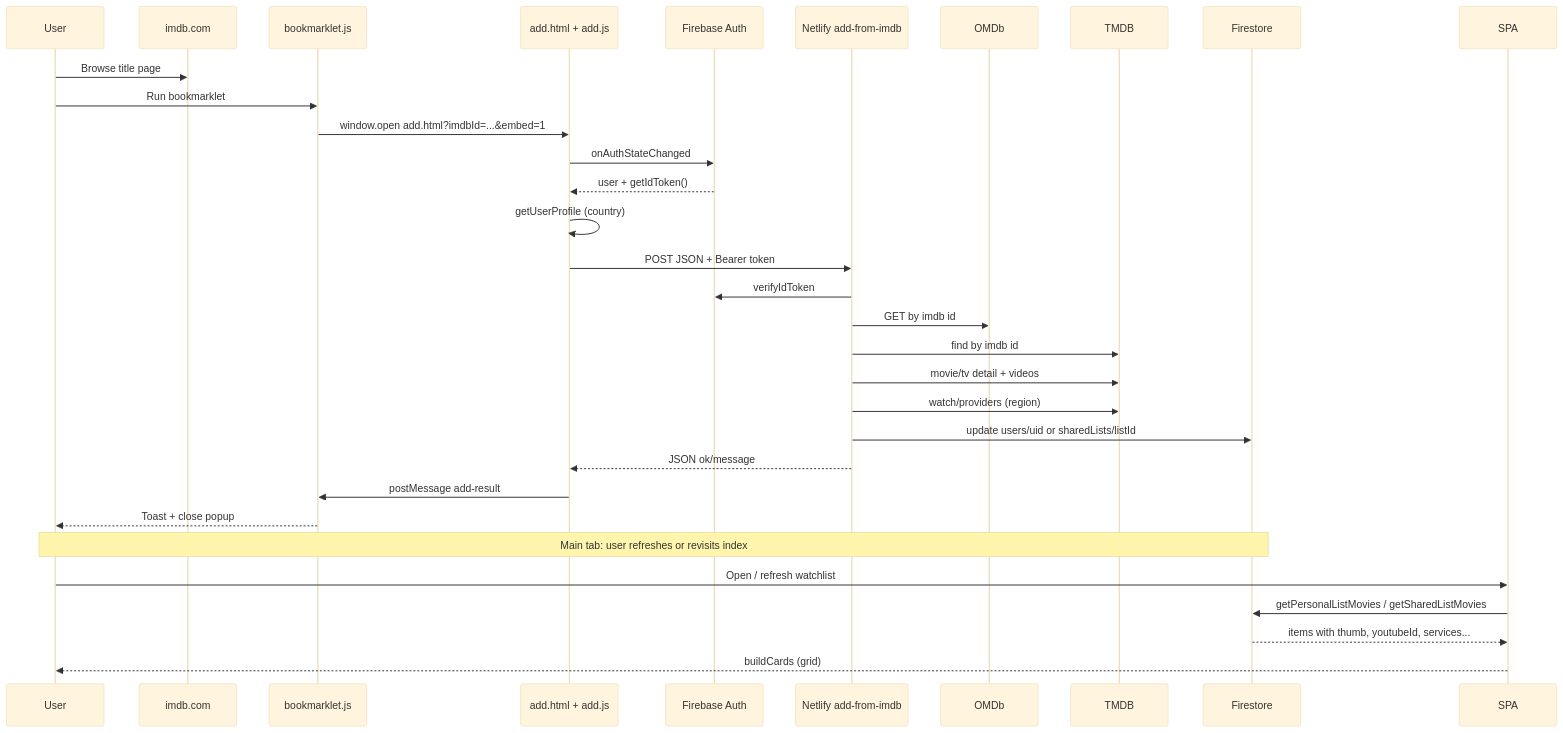
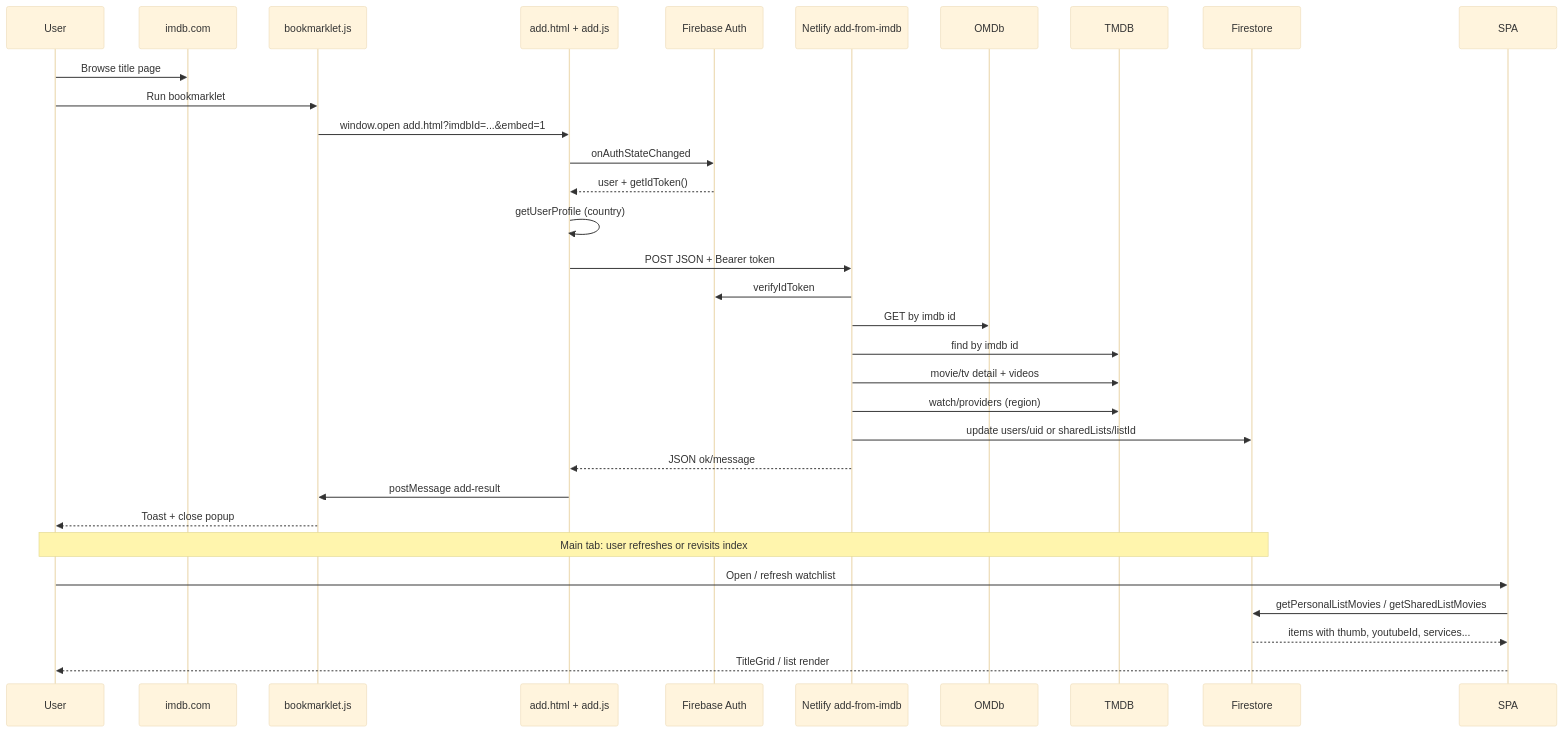
Before and after one commit to maulbogat/watchlist-app: the second of 5 diagrams in system-design.md, drawn with Mermaid (base theme). The commit also changed other lines of this file and 49 other files, not shown here.

````diff
--- a/system-design.md
+++ b/system-design.md
@@ -325,35 +325,35 @@
 ```mermaid
 sequenceDiagram
   participant User
   participant IMDb as imdb.com
   participant BM as bookmarklet.js
   participant Popup as add.html + add.js
   participant Auth as Firebase Auth
   participant NF as Netlify add-from-imdb
   participant OMDb
   participant TMDB
   participant FS as Firestore
 
   User->>IMDb: Browse title page
   User->>BM: Run bookmarklet
   BM->>Popup: window.open add.html?imdbId=...&embed=1
   Popup->>Auth: onAuthStateChanged
   Auth-->>Popup: user + getIdToken()
   Popup->>Popup: getUserProfile (country)
   Popup->>NF: POST JSON + Bearer token
   NF->>Auth: verifyIdToken
   NF->>OMDb: GET by imdb id
   NF->>TMDB: find by imdb id
   NF->>TMDB: movie/tv detail + videos
   NF->>TMDB: watch/providers (region)
   NF->>FS: update users/uid or sharedLists/listId
   NF-->>Popup: JSON ok/message
   Popup->>BM: postMessage add-result
   BM-->>User: Toast + close popup
 
   Note over User,FS: Main tab: user refreshes or revisits index
   User->>SPA: Open / refresh watchlist
   SPA->>FS: getPersonalListMovies / getSharedListMovies
   FS-->>SPA: items with thumb, youtubeId, services...
-  SPA-->>User: buildCards (grid)
+  SPA-->>User: TitleGrid / list render
 ```
````
